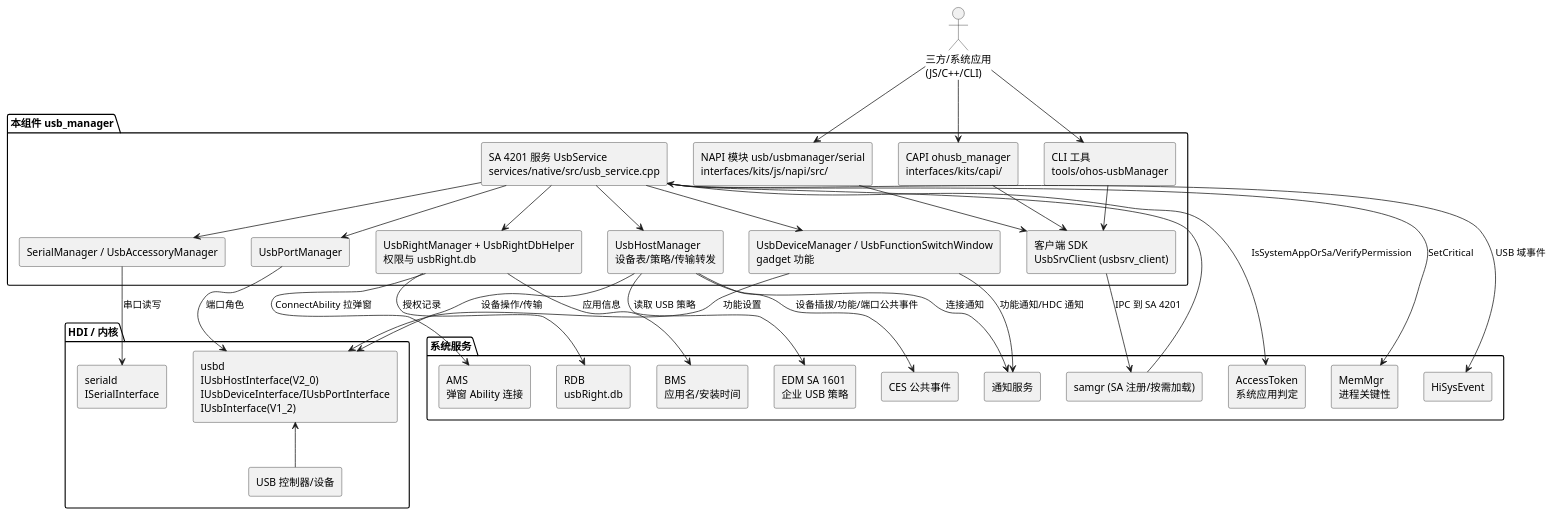
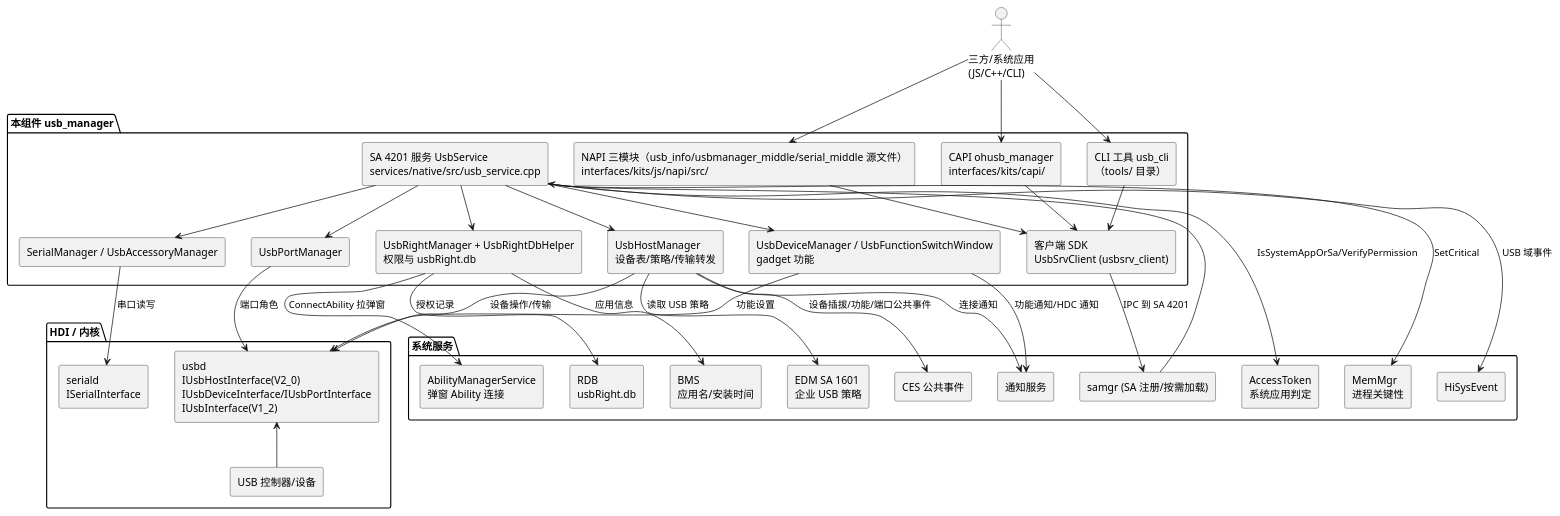
The diagram in docs/knowledge/business-context.md (eclipse-oniro-mirrors/busmanager_usb_manager), drawn with PlantUML before and after one commit. The commit also changed other lines of this file and 5 other files, not shown here.

````diff
--- a/docs/knowledge/business-context.md
+++ b/docs/knowledge/business-context.md
@@ -33,67 +33,67 @@
 ```plantuml
 @startuml
 skinparam componentStyle rectangle
 actor "三方/系统应用\n(JS/C++/CLI)" as App
 
 package "本组件 usb_manager" {
-  component "NAPI 模块 usb/usbmanager/serial\ninterfaces/kits/js/napi/src/" as Napi
+  component "NAPI 三模块（usb_info/usbmanager_middle/serial_middle 源文件）\ninterfaces/kits/js/napi/src/" as Napi
   component "CAPI ohusb_manager\ninterfaces/kits/capi/" as Capi
   component "客户端 SDK\nUsbSrvClient (usbsrv_client)" as Client
   component "SA 4201 服务 UsbService\nservices/native/src/usb_service.cpp" as SA
   component "UsbHostManager\n设备表/策略/传输转发" as Host
   component "UsbDeviceManager / UsbFunctionSwitchWindow\ngadget 功能" as Device
   component "UsbPortManager" as Port
   component "UsbRightManager + UsbRightDbHelper\n权限与 usbRight.db" as Right
   component "SerialManager / UsbAccessoryManager" as SerialAcc
-  component "CLI 工具\ntools/ohos-usbManager" as Cli
+  component "CLI 工具 usb_cli\n（tools/ 目录）" as Cli
 }
 
 package "系统服务" {
   component "samgr (SA 注册/按需加载)" as Samgr
-  component "AMS\n弹窗 Ability 连接" as Ams
+  component "AbilityManagerService\n弹窗 Ability 连接" as AbilityManagerService
   component "BMS\n应用名/安装时间" as Bms
   component "AccessToken\n系统应用判定" as At
   component "CES 公共事件" as Ces
   component "通知服务" as Notif
   component "EDM SA 1601\n企业 USB 策略" as Edm
   component "MemMgr\n进程关键性" as Mem
   component "HiSysEvent" as Dfx
   component "RDB\nusbRight.db" as Rdb
 }
 
 package "HDI / 内核" {
   component "usbd\nIUsbHostInterface(V2_0)\nIUsbDeviceInterface/IUsbPortInterface\nIUsbInterface(V1_2)" as Usbd
   component "seriald\nISerialInterface" as Seriald
   component "USB 控制器/设备" as Hw
 }
 
 App --> Napi
 App --> Capi
 App --> Cli
 Napi --> Client
 Capi --> Client
 Cli --> Client
 Client --> Samgr : IPC 到 SA 4201
 Samgr --> SA
 SA --> Host
 SA --> Device
 SA --> Port
 SA --> Right
 SA --> SerialAcc
 Host --> Usbd : 设备操作/传输
 Device --> Usbd : 功能设置
 Port --> Usbd : 端口角色
 SerialAcc --> Seriald : 串口读写
 Right --> Rdb : 授权记录
-Right --> Ams : ConnectAbility 拉弹窗
+Right --> AbilityManagerService : ConnectAbility 拉弹窗
 Right --> Bms : 应用信息
 SA --> At : IsSystemAppOrSa/VerifyPermission
 Host --> Edm : 读取 USB 策略
 Host --> Ces : 设备插拔/功能/端口公共事件
 Host --> Notif : 连接通知
 Device --> Notif : 功能通知/HDC 通知
 SA --> Mem : SetCritical
 SA --> Dfx : USB 域事件
 Usbd <-- Hw
 @enduml
 ```
````
